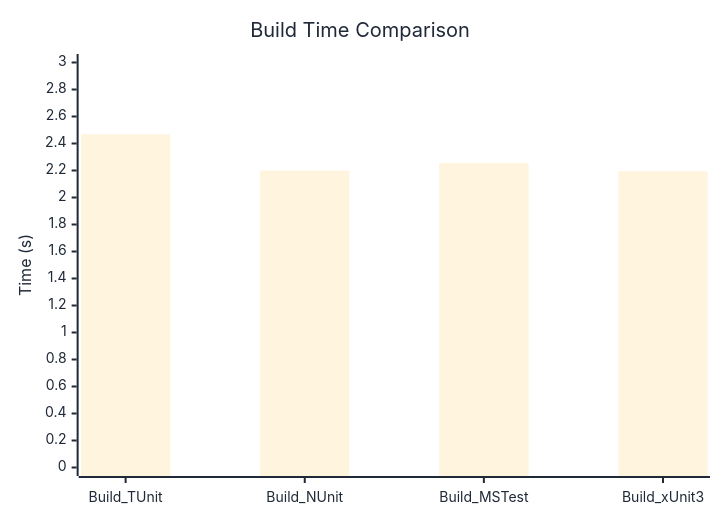
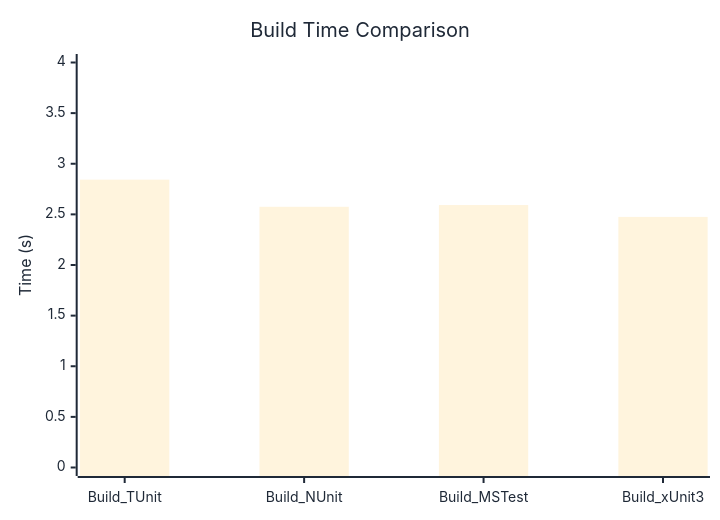
One commit to thomhurst/TUnit changed the diagram in docs/docs/benchmarks/BuildTime.md. Above: the diagram before and after it, drawn with Mermaid. The commit also changed other lines of this file and 17 other files, not shown here.

````diff
--- a/docs/docs/benchmarks/BuildTime.md
+++ b/docs/docs/benchmarks/BuildTime.md
@@ -28,37 +28,37 @@
 ```mermaid
 %%{init: {
   'theme':'base',
   'themeVariables': {
     'primaryColor': '#2563eb',
     'primaryTextColor': '#1f2937',
     'primaryBorderColor': '#1e40af',
     'lineColor': '#6b7280',
     'secondaryColor': '#7c3aed',
     'tertiaryColor': '#dc2626',
     'background': '#ffffff',
     'mainBkg': '#2563eb',
     'secondBkg': '#7c3aed',
     'tertiaryBkg': '#dc2626',
     'clusterBkg': '#f3f4f6',
     'edgeLabelBackground': '#ffffff',
     'tertiaryTextColor': '#1f2937',
     'pie1': '#2563eb',
     'pie2': '#7c3aed',
     'pie3': '#dc2626',
     'pie4': '#f59e0b',
     'pie5': '#10b981',
     'pie6': '#06b6d4',
     'pie7': '#ec4899',
     'pie8': '#6366f1',
     'pie9': '#84cc16',
     'pie10': '#f97316',
     'pie11': '#14b8a6',
     'pie12': '#a855f7'
   }
 }}%%
 xychart-beta
   title "Build Time Comparison"
   x-axis ["Build_TUnit", "Build_NUnit", "Build_MSTest", "Build_xUnit3"]
-  y-axis "Time (s)" 0 --> 3
-  bar [2.469, 2.199, 2.256, 2.195]
+  y-axis "Time (s)" 0 --> 4
+  bar [2.843, 2.575, 2.592, 2.475]
 ```
````
